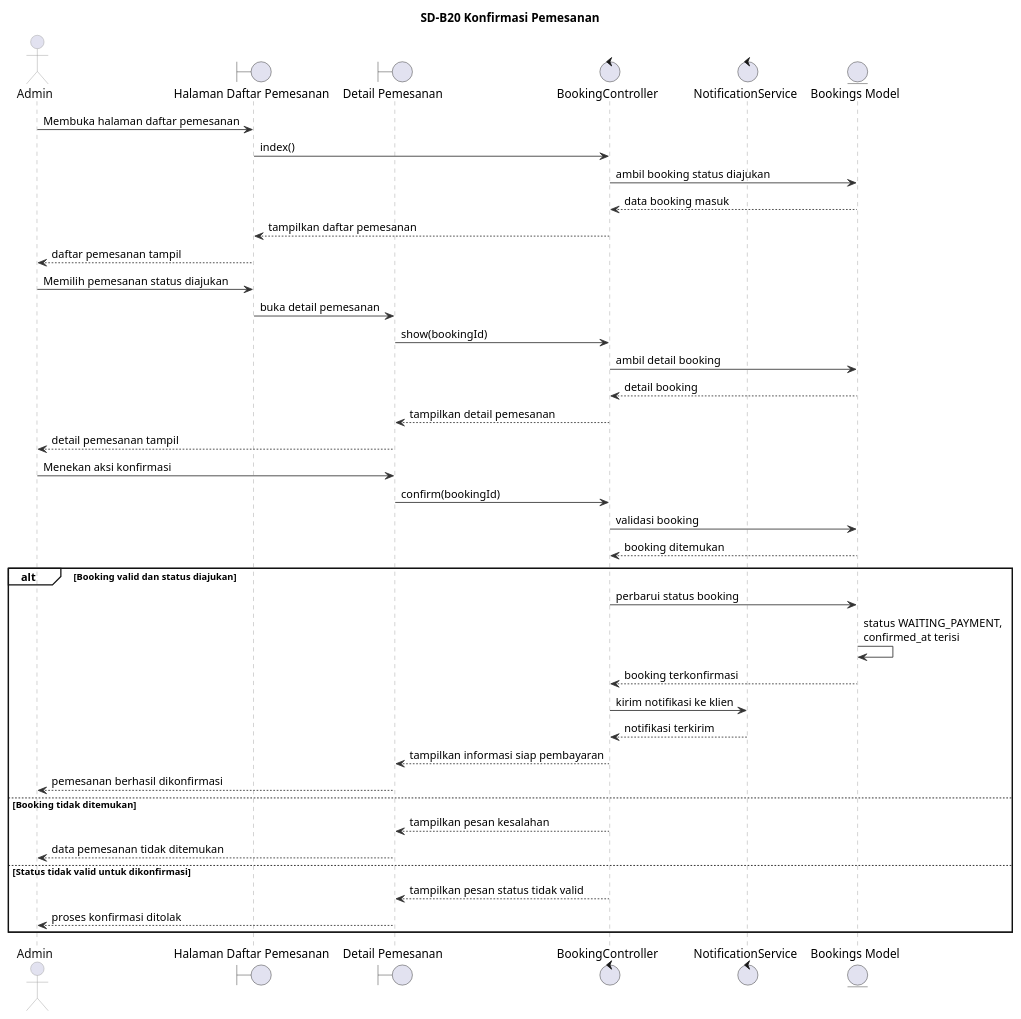
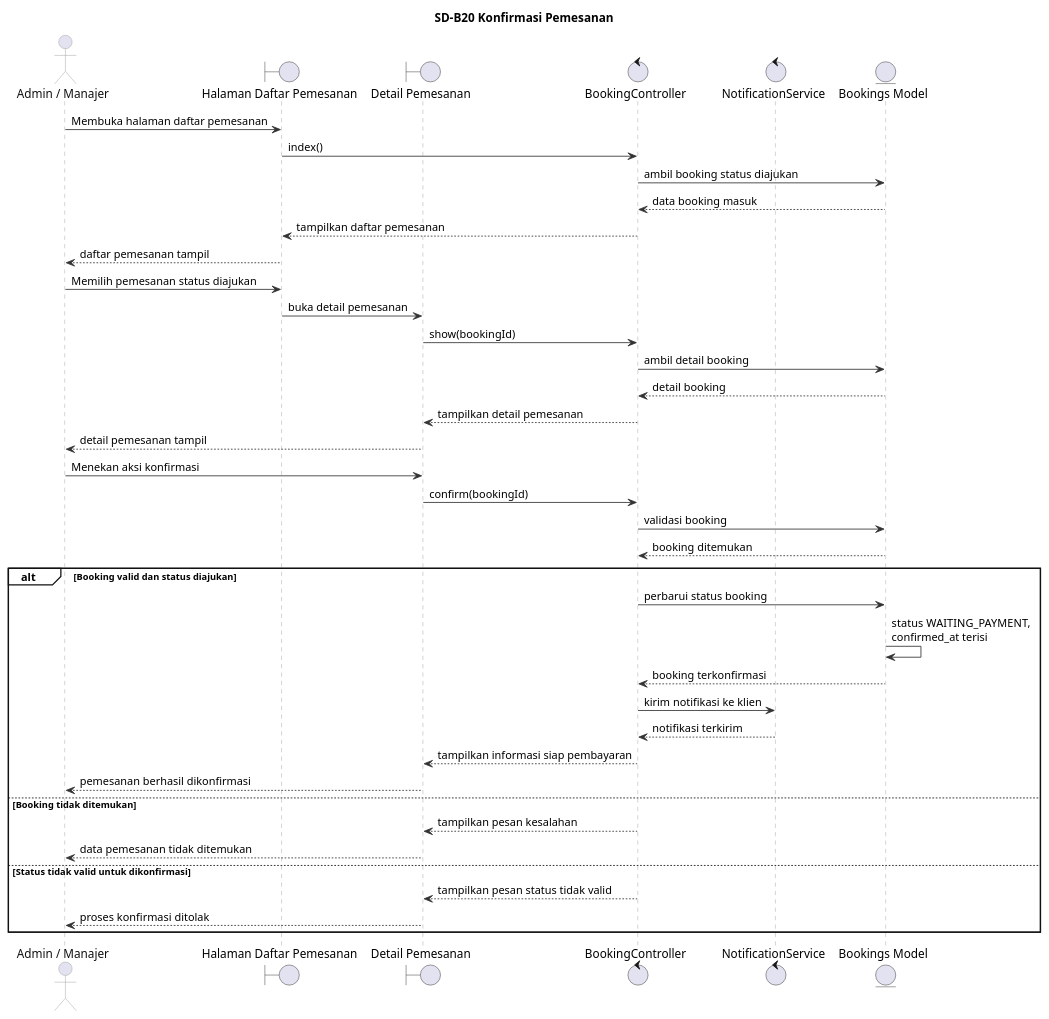
The diagram in diagrams/sequence/SD-B20.puml (Fajrinputra/alterstudio-ta), drawn with PlantUML before and after one commit. The commit also changed 74 other files, not shown here.

```diff
--- a/diagrams/sequence/SD-B20.puml
+++ b/diagrams/sequence/SD-B20.puml
@@ -1,63 +1,63 @@
 @startuml
 title SD-B20 Konfirmasi Pemesanan
 
 skinparam backgroundColor white
 skinparam shadowing false
 skinparam BoxPadding 4
 skinparam sequence {
     ArrowColor #333333
     LifeLineBorderColor #999999
     LifeLineBackgroundColor white
     ParticipantBorderColor #999999
     ParticipantBackgroundColor #ECEEF8
     ParticipantFontColor #111111
     ActorBorderColor #999999
     ActorFontColor #111111
     GroupBorderColor #111111
     GroupBackgroundColor transparent
 }
 
-actor "Admin" as Admin
+actor "Admin / Manajer" as Operator
 boundary "Halaman Daftar Pemesanan" as HalamanDaftar
 boundary "Detail Pemesanan" as DetailPemesanan
 control "BookingController" as BookingController
 control "NotificationService" as NotificationService
 entity "Bookings Model" as Booking
 
-Admin -> HalamanDaftar : Membuka halaman daftar pemesanan
+Operator -> HalamanDaftar : Membuka halaman daftar pemesanan
 HalamanDaftar -> BookingController : index()
 BookingController -> Booking : ambil booking status diajukan
 Booking --> BookingController : data booking masuk
 BookingController --> HalamanDaftar : tampilkan daftar pemesanan
-HalamanDaftar --> Admin : daftar pemesanan tampil
+HalamanDaftar --> Operator : daftar pemesanan tampil
 
-Admin -> HalamanDaftar : Memilih pemesanan status diajukan
+Operator -> HalamanDaftar : Memilih pemesanan status diajukan
 HalamanDaftar -> DetailPemesanan : buka detail pemesanan
 DetailPemesanan -> BookingController : show(bookingId)
 BookingController -> Booking : ambil detail booking
 Booking --> BookingController : detail booking
 BookingController --> DetailPemesanan : tampilkan detail pemesanan
-DetailPemesanan --> Admin : detail pemesanan tampil
+DetailPemesanan --> Operator : detail pemesanan tampil
 
-Admin -> DetailPemesanan : Menekan aksi konfirmasi
+Operator -> DetailPemesanan : Menekan aksi konfirmasi
 DetailPemesanan -> BookingController : confirm(bookingId)
 BookingController -> Booking : validasi booking
 Booking --> BookingController : booking ditemukan
 
 alt Booking valid dan status diajukan
     BookingController -> Booking : perbarui status booking
     Booking -> Booking : status WAITING_PAYMENT,\nconfirmed_at terisi
     Booking --> BookingController : booking terkonfirmasi
     BookingController -> NotificationService : kirim notifikasi ke klien
     NotificationService --> BookingController : notifikasi terkirim
     BookingController --> DetailPemesanan : tampilkan informasi siap pembayaran
-    DetailPemesanan --> Admin : pemesanan berhasil dikonfirmasi
+    DetailPemesanan --> Operator : pemesanan berhasil dikonfirmasi
 else Booking tidak ditemukan
     BookingController --> DetailPemesanan : tampilkan pesan kesalahan
-    DetailPemesanan --> Admin : data pemesanan tidak ditemukan
+    DetailPemesanan --> Operator : data pemesanan tidak ditemukan
 else Status tidak valid untuk dikonfirmasi
     BookingController --> DetailPemesanan : tampilkan pesan status tidak valid
-    DetailPemesanan --> Admin : proses konfirmasi ditolak
+    DetailPemesanan --> Operator : proses konfirmasi ditolak
 end
 
 @enduml
```
